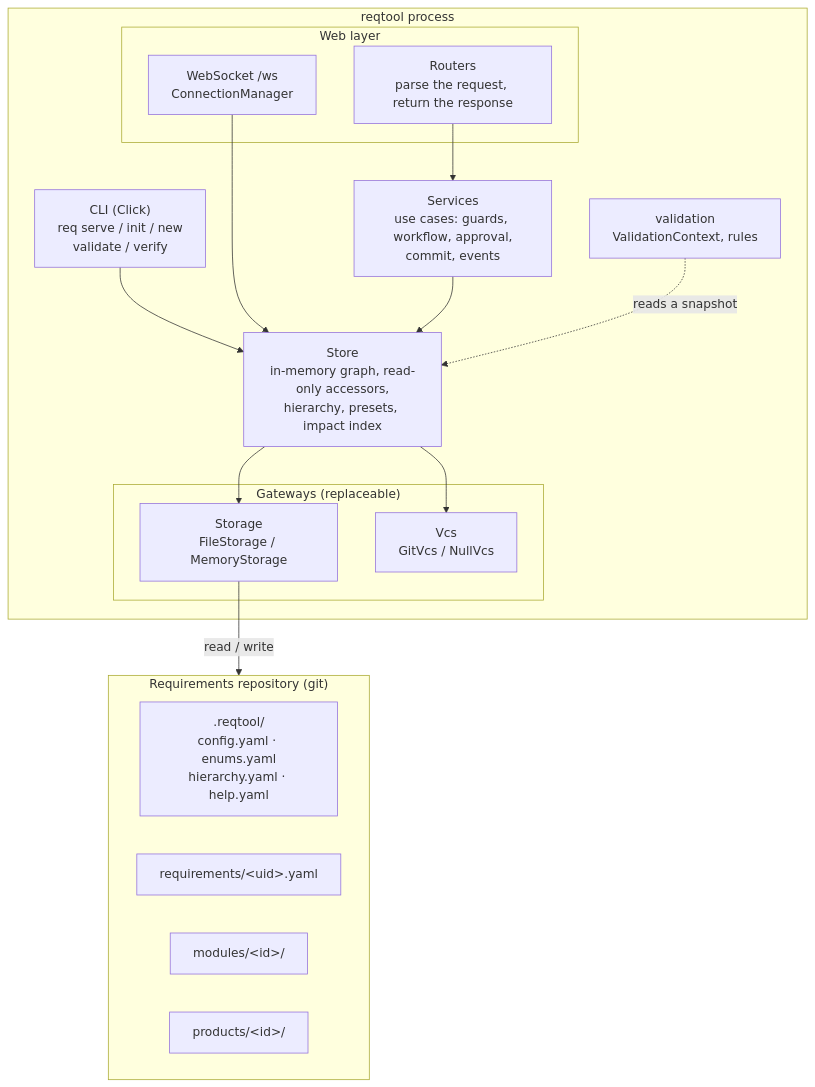
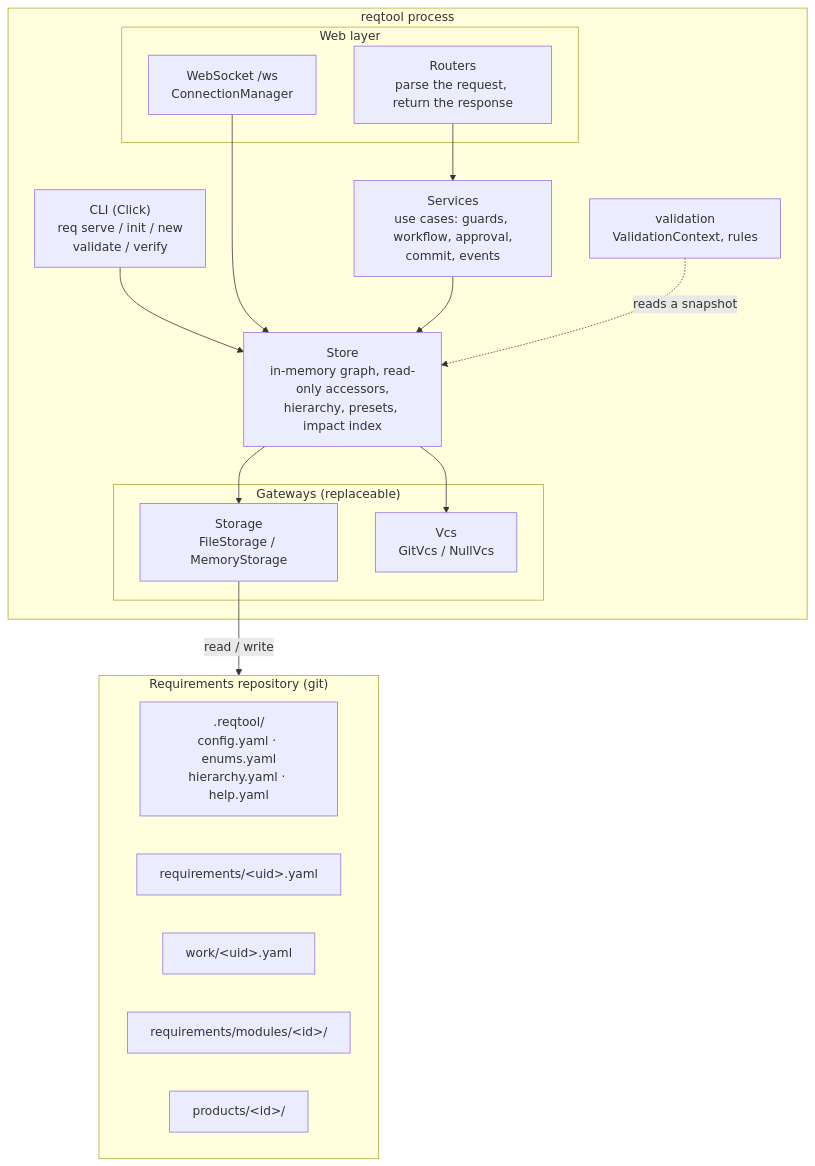
One commit to markbac/reqtool changed the first of 8 diagrams in docs/ARCHITECTURE.md. Above: the diagram before and after it, drawn with Mermaid. The commit also changed other lines of this file and 151 other files, not shown here.

First line of the commit message:
Web UI rework, triage and Work views, decisions, and the requirements/work layout (#381)

````diff
--- a/docs/ARCHITECTURE.md
+++ b/docs/ARCHITECTURE.md
@@ -34,32 +34,33 @@
 ```mermaid
 graph TB
     subgraph process["reqtool process"]
         CLI["CLI (Click)<br/>req serve / init / new<br/>validate / verify"]
         subgraph web["Web layer"]
             Routers["Routers<br/>parse the request, return the response"]
             WS["WebSocket /ws<br/>ConnectionManager"]
         end
         Services["Services<br/>use cases: guards, workflow, approval,<br/>commit, events"]
         Store["Store<br/>in-memory graph, read-only accessors,<br/>hierarchy, presets, impact index"]
         Validation["validation<br/>ValidationContext, rules"]
         subgraph gateways["Gateways (replaceable)"]
             Storage["Storage<br/>FileStorage / MemoryStorage"]
             Vcs["Vcs<br/>GitVcs / NullVcs"]
         end
         CLI --> Store
         Routers --> Services
         WS --> Store
         Services --> Store
         Store --> Storage
         Store --> Vcs
         Validation -. "reads a snapshot" .-> Store
     end
     Storage -- "read / write" --> repo
 
     subgraph repo["Requirements repository (git)"]
         config[".reqtool/<br/>config.yaml · enums.yaml<br/>hierarchy.yaml · help.yaml"]
         reqs["requirements/&lt;uid&gt;.yaml"]
-        mods["modules/&lt;id&gt;/"]
+        work["work/&lt;uid&gt;.yaml"]
+        mods["requirements/modules/&lt;id&gt;/"]
         prods["products/&lt;id&gt;/"]
     end
 ```
````
